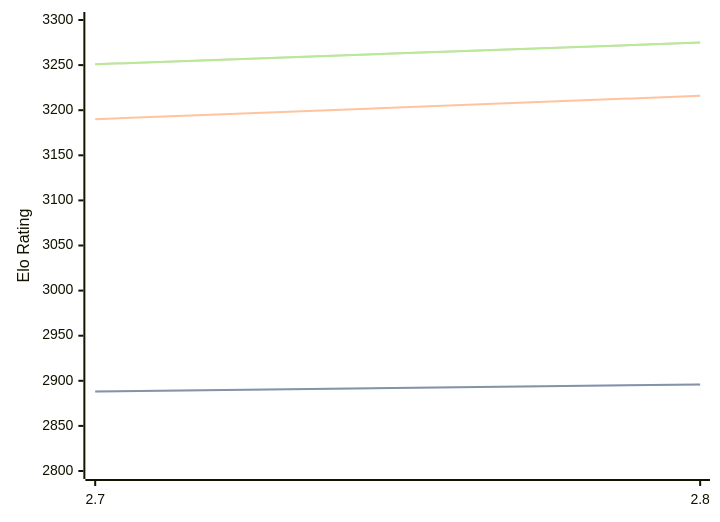
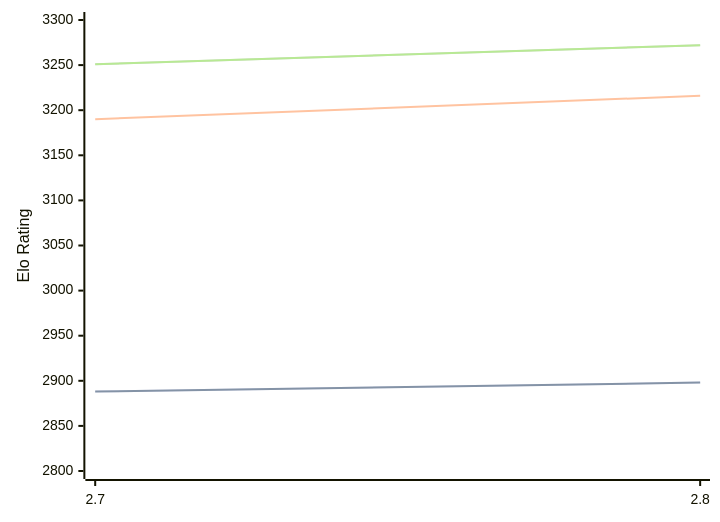
Before and after one commit to computer-chess-index/cci: the diagram in engines/Arcanum.md, drawn with Mermaid. The commit also changed other lines of this file, not shown here.

Commit message:
Update CCI Ratings (ELO VLTC) - 2026-08-16

````diff
--- a/engines/Arcanum.md
+++ b/engines/Arcanum.md
@@ -32,11 +32,11 @@
 ```mermaid
 %%{init: {"theme":"base","themeVariables":{"seriesColors:['#a3a3a3','#222221','#faa371']}}}%%
 xychart-beta
   x-axis ["2.7", "2.8"]
   y-axis "Elo Rating" 2800 --> 3300
-  line "STC (8.0+0.08s)" [2888, 2896]
-  line "STC (8.0+0.08s)" [2888, 2896]
+  line "STC (8.0+0.08s)" [2888, 2898]
+  line "STC (8.0+0.08s)" [2888, 2898]
   line "LTC (60.0+0.60s)" [3190, 3216]
-  line "VLTC (2m24s+1.12s)" [3251, 3275]
-  line "VLTC (2m24s+1.12s)" [3251, 3275]
+  line "VLTC (2m24s+1.12s)" [3251, 3272]
+  line "VLTC (2m24s+1.12s)" [3251, 3272]
 ```
````
